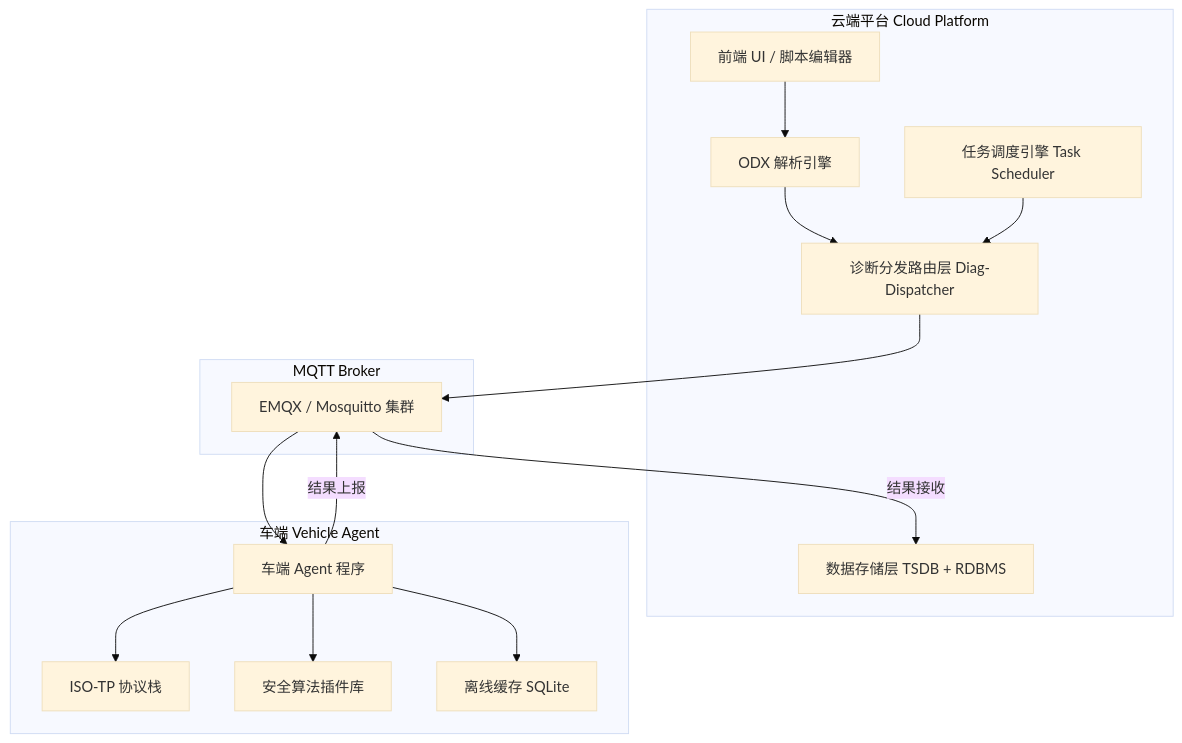
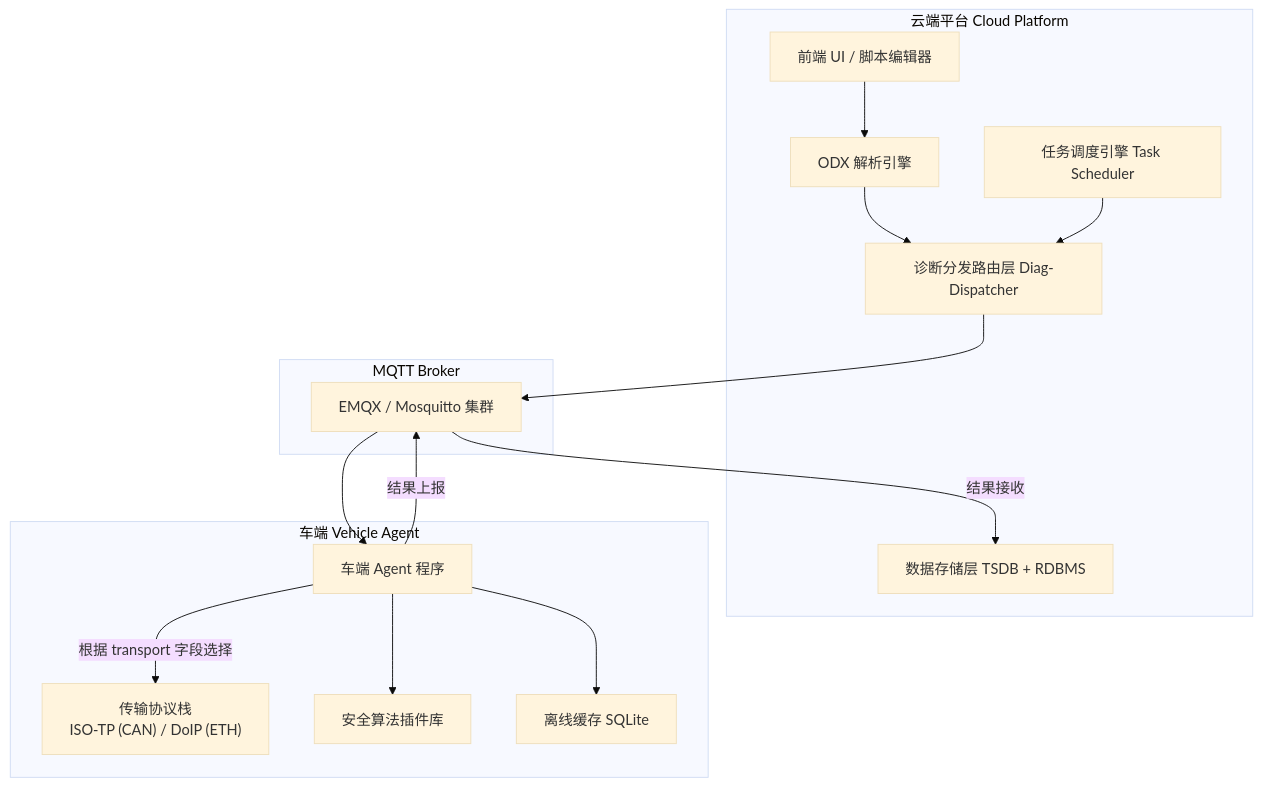
Before and after one commit to YuMinami/OpenDOTA: the first of 8 diagrams in doc/opendota_protocol_spec.md, drawn with Mermaid (base theme). The commit also changed other lines of this file and 3 other files, not shown here.

Commit message:
docs: update architecture, protocol specifications, and database initialization script with design review documentation

````diff
--- a/doc/opendota_protocol_spec.md
+++ b/doc/opendota_protocol_spec.md
@@ -40,32 +44,32 @@
 ```mermaid
 graph TB
     subgraph 云端平台 Cloud Platform
         UI[前端 UI / 脚本编辑器]
         ODX[ODX 解析引擎]
         DISP[诊断分发路由层 Diag-Dispatcher]
         SCHED[任务调度引擎 Task Scheduler]
         STORE[数据存储层 TSDB + RDBMS]
     end
 
     subgraph MQTT Broker
         BROKER[EMQX / Mosquitto 集群]
     end
 
     subgraph 车端 Vehicle Agent
         AGENT[车端 Agent 程序]
-        ISOTP[ISO-TP 协议栈]
+        TRANSPORT["传输协议栈<br/>ISO-TP (CAN) / DoIP (ETH)"]
         ALGO[安全算法插件库]
         CACHE[离线缓存 SQLite]
     end
 
     UI --> ODX
     ODX --> DISP
     SCHED --> DISP
     DISP --> BROKER
     BROKER --> AGENT
-    AGENT --> ISOTP
+    AGENT -->|根据 transport 字段选择| TRANSPORT
     AGENT --> ALGO
     AGENT --> CACHE
     AGENT -->|结果上报| BROKER
     BROKER -->|结果接收| STORE
 ```
````
